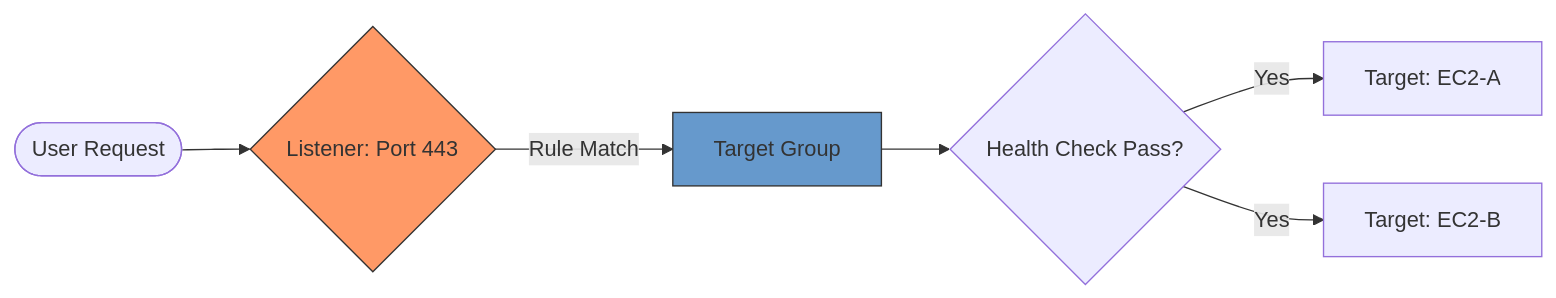
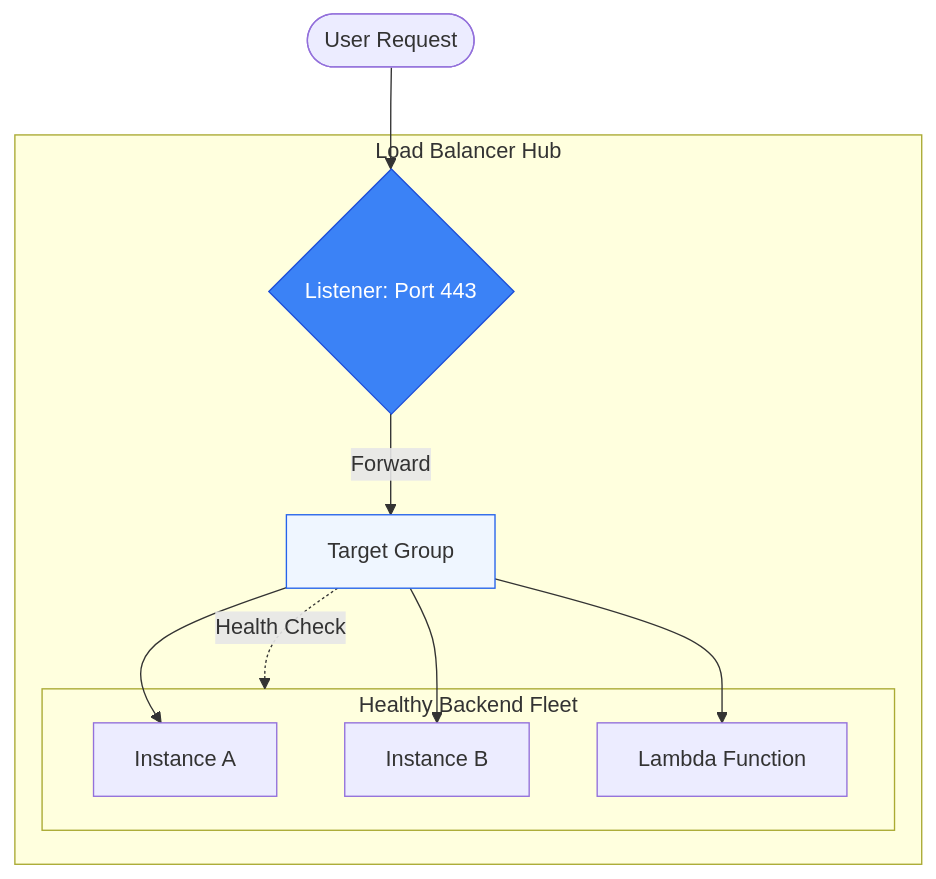
One commit to Ganil151/Devops changed the diagram in 2-Intermediate/01-Phase-1/01-Networking/07-Load-Balancing-ALB-NLB/01-ELB-Types-and-Fundamentals/README.md. Above: the diagram before and after it, drawn with Mermaid. The commit also changed other lines of this file and 51 other files, not shown here.

````diff
--- a/2-Intermediate/01-Phase-1/01-Networking/07-Load-Balancing-ALB-NLB/01-ELB-Types-and-Fundamentals/README.md
+++ b/2-Intermediate/01-Phase-1/01-Networking/07-Load-Balancing-ALB-NLB/01-ELB-Types-and-Fundamentals/README.md
@@ -24,11 +5,22 @@
 ```mermaid
-graph LR
+graph TD
     User([User Request]) --> Listener{Listener: Port 443}
-    Listener -->|Rule Match| TG[Target Group]
-    TG --> HealthCheck{Health Check Pass?}
-    HealthCheck -->|Yes| T1[Target: EC2-A]
-    HealthCheck -->|Yes| T2[Target: EC2-B]
+    
+    subgraph ELB_Logic[Load Balancer Hub]
+        Listener -->|Forward| TG[Target Group]
+        TG -.->|Health Check| Targets
+    end
 
-style Listener fill:#f96,stroke:#333
-    style TG fill:#69c,stroke:#333
+    subgraph Targets[Healthy Backend Fleet]
+        EC2_1[Instance A]
+        EC2_2[Instance B]
+        Lambda[Lambda Function]
+    end
+
+    TG --> EC2_1
+    TG --> EC2_2
+    TG --> Lambda
+
+    style Listener fill:#3b82f6,stroke:#1d4ed8,color:#fff
+    style TG fill:#eff6ff,stroke:#2563eb
 ```
````
